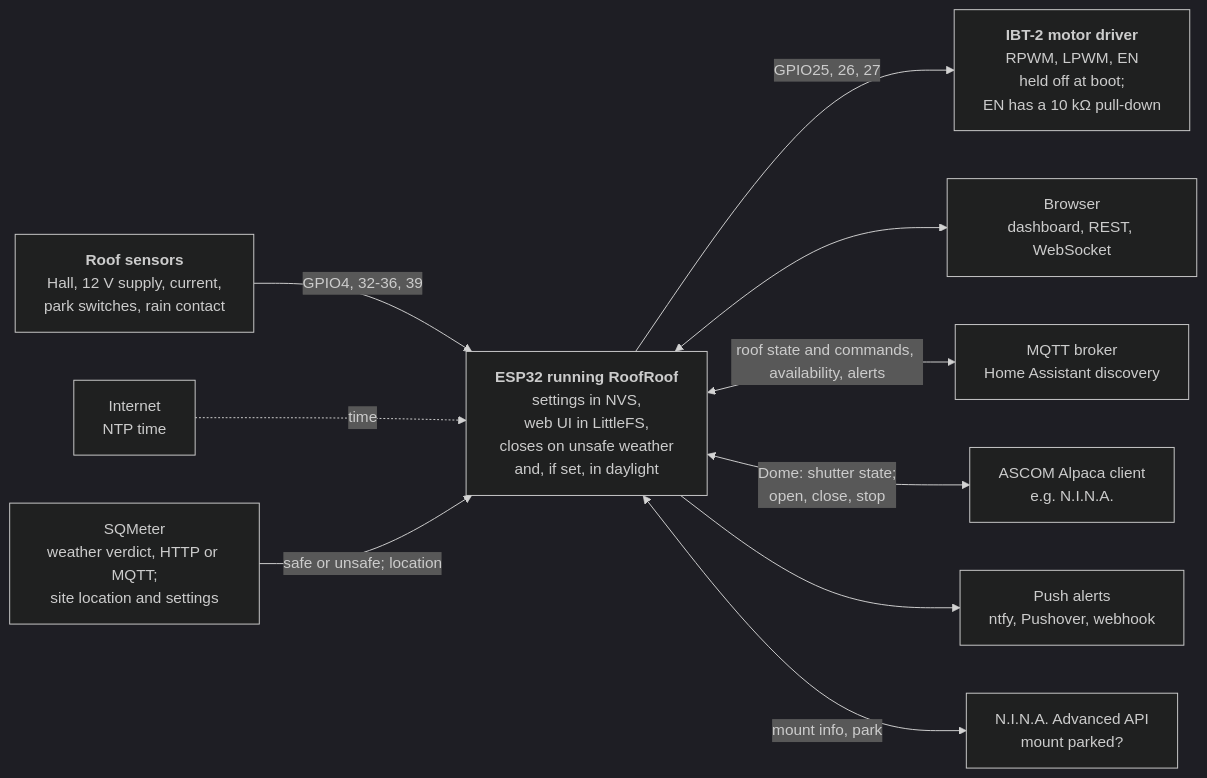
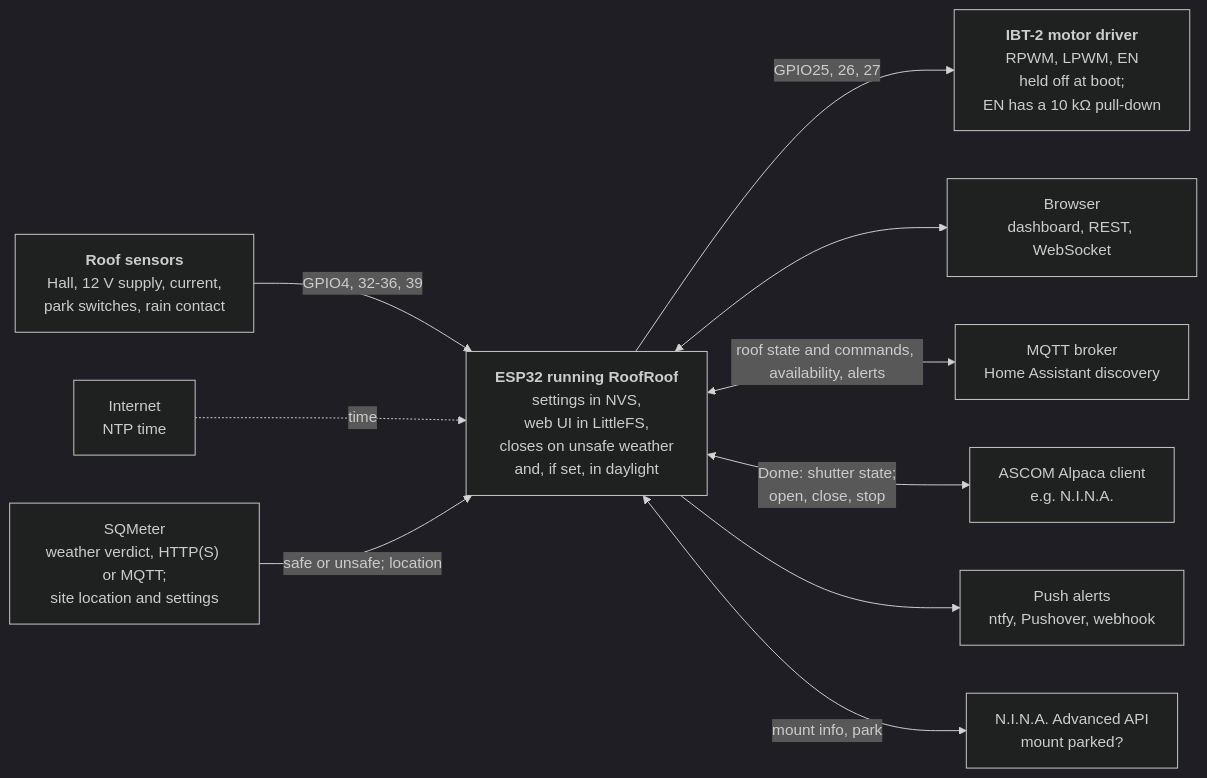
One commit to DeanJ87/RoofRoof changed the diagram in docs/index.md. Above: the diagram before and after it, drawn with Mermaid (dark theme). The commit also changed other lines of this file and 19 other files, not shown here.

Commit message:
020: SQMeter's address and https: spec FR-036 to FR-039, assumptions 26-30, tasks T036-T040; routes, OpenAPI, REST and user docs, CHANGELOG; diagrams re-checked against their sources; flash and UI size recorded

````diff
--- a/docs/index.md
+++ b/docs/index.md
@@ -29,24 +29,24 @@
 ```mermaid
 flowchart LR
     accTitle: What RoofRoof connects to
     accDescr: The ESP32 holds the motor driver's pins low from boot and drives it on a person's, an imaging app's or (when switched on) an MQTT command, or to close the roof when the weather turns unsafe (or, with the daylight close set, after sunrise), reads the roof's Hall, supply, current, park and rain inputs, keeps its settings and web UI on the device, serves a dashboard and APIs to browsers, publishes the roof's state to an MQTT broker and takes its commands when switched on, serves the roof as an ASCOM Alpaca Dome to clients such as N.I.N.A., and sends alerts to push services. It reads the weather verdict, the site's location and its shared settings (copied on request or kept in step) from SQMeter, and the mount's park state from N.I.N.A.'s Advanced API. It gets time from the internet by NTP.
     DRIVER["<b>IBT-2 motor driver</b><br/>RPWM, LPWM, EN<br/>held off at boot;<br/>EN has a 10 kΩ pull-down"]
     SENSE["<b>Roof sensors</b><br/>Hall, 12 V supply, current,<br/>park switches, rain contact"]
     ESP["<b>ESP32 running RoofRoof</b><br/>settings in NVS,<br/>web UI in LittleFS,<br/>closes on unsafe weather<br/>and, if set, in daylight"]
     WEB["Browser<br/>dashboard, REST, WebSocket"]
     MQTT["MQTT broker<br/>Home Assistant discovery"]
     ALPACA["ASCOM Alpaca client<br/>e.g. N.I.N.A."]
     PUSH["Push alerts<br/>ntfy, Pushover, webhook"]
     NET["Internet<br/>NTP time"]
-    SQM["SQMeter<br/>weather verdict, HTTP or MQTT;<br/>site location and settings"]
+    SQM["SQMeter<br/>weather verdict, HTTP(S) or MQTT;<br/>site location and settings"]
     NAPI["N.I.N.A. Advanced API<br/>mount parked?"]
     ESP -->|"GPIO25, 26, 27"| DRIVER
     SENSE -->|"GPIO4, 32-36, 39"| ESP
     NET -.->|time| ESP
     ESP <--> WEB
     ESP <-->|roof state and commands, availability, alerts| MQTT
     ESP <-->|Dome: shutter state;<br/>open, close, stop| ALPACA
     ESP --> PUSH
     SQM -->|"safe or unsafe; location"| ESP
     ESP <-->|mount info, park| NAPI
 ```
````
